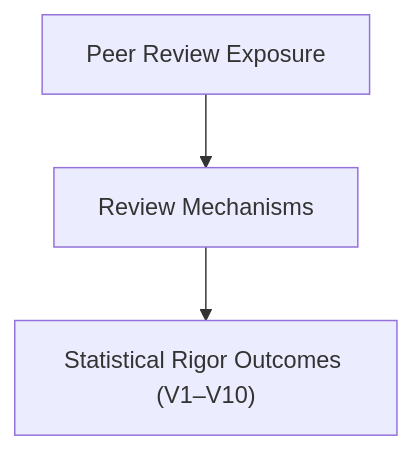
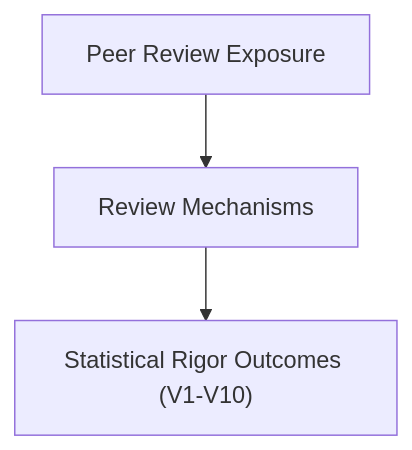
The second of 4 diagrams in docs/peer_review_planning_document.md (UofC-Research/peer-review), drawn with Mermaid before and after one commit. The commit also changed other lines of this file and 4 other files, not shown here.

````diff
--- a/docs/peer_review_planning_document.md
+++ b/docs/peer_review_planning_document.md
@@ -151,5 +159,5 @@
 ```mermaid
 flowchart TD
 PR["Peer Review Exposure"] --> MECH["Review Mechanisms"]
-MECH --> Y["Statistical Rigor Outcomes (V1–V10)"]
+    MECH --> Y["Statistical Rigor Outcomes (V1-V10)"]
 ```
````
